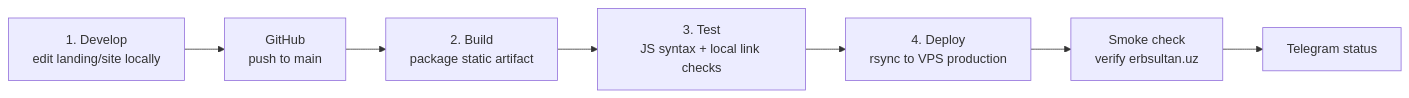
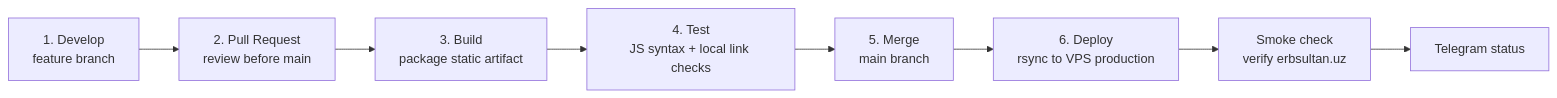
The second of 2 diagrams in README.md (erbsultan/erbols-homelab), drawn with Mermaid before and after one commit. The commit also changed other lines of this file and 5 other files, not shown here.

Commit message:
Add PR checks for landing pipeline

````diff
--- a/README.md
+++ b/README.md
@@ -78,9 +78,10 @@
 ```mermaid
 flowchart LR
-    dev["1. Develop<br/>edit landing/site locally"] --> github["GitHub<br/>push to main"]
-    github --> build["2. Build<br/>package static artifact"]
-    build --> test["3. Test<br/>JS syntax + local link checks"]
-    test --> deploy["4. Deploy<br/>rsync to VPS production"]
+    branch["1. Develop<br/>feature branch"] --> pr["2. Pull Request<br/>review before main"]
+    pr --> build["3. Build<br/>package static artifact"]
+    build --> test["4. Test<br/>JS syntax + local link checks"]
+    test --> merge["5. Merge<br/>main branch"]
+    merge --> deploy["6. Deploy<br/>rsync to VPS production"]
     deploy --> smoke["Smoke check<br/>verify erbsultan.uz"]
     smoke --> notify["Telegram status"]
 ```
````
